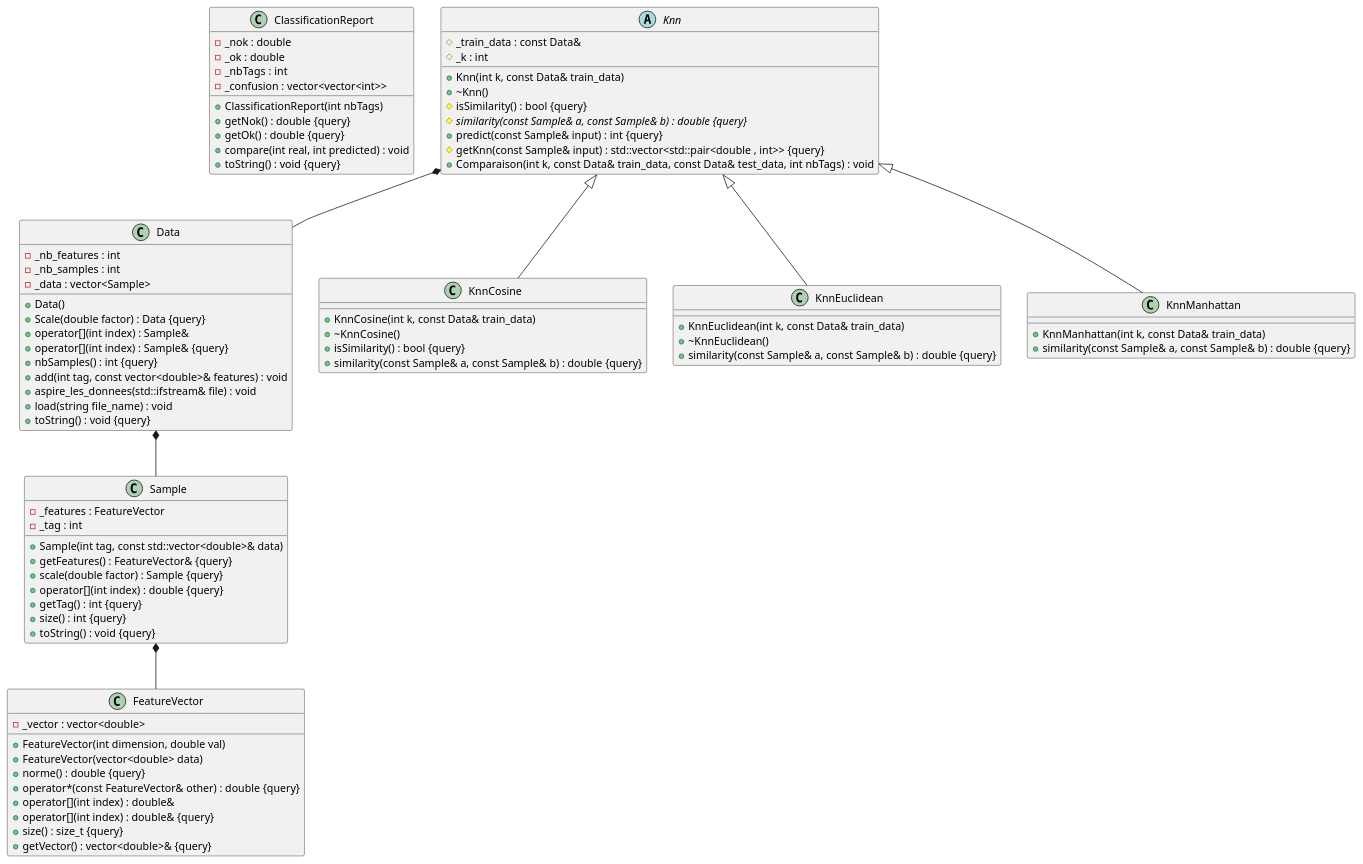
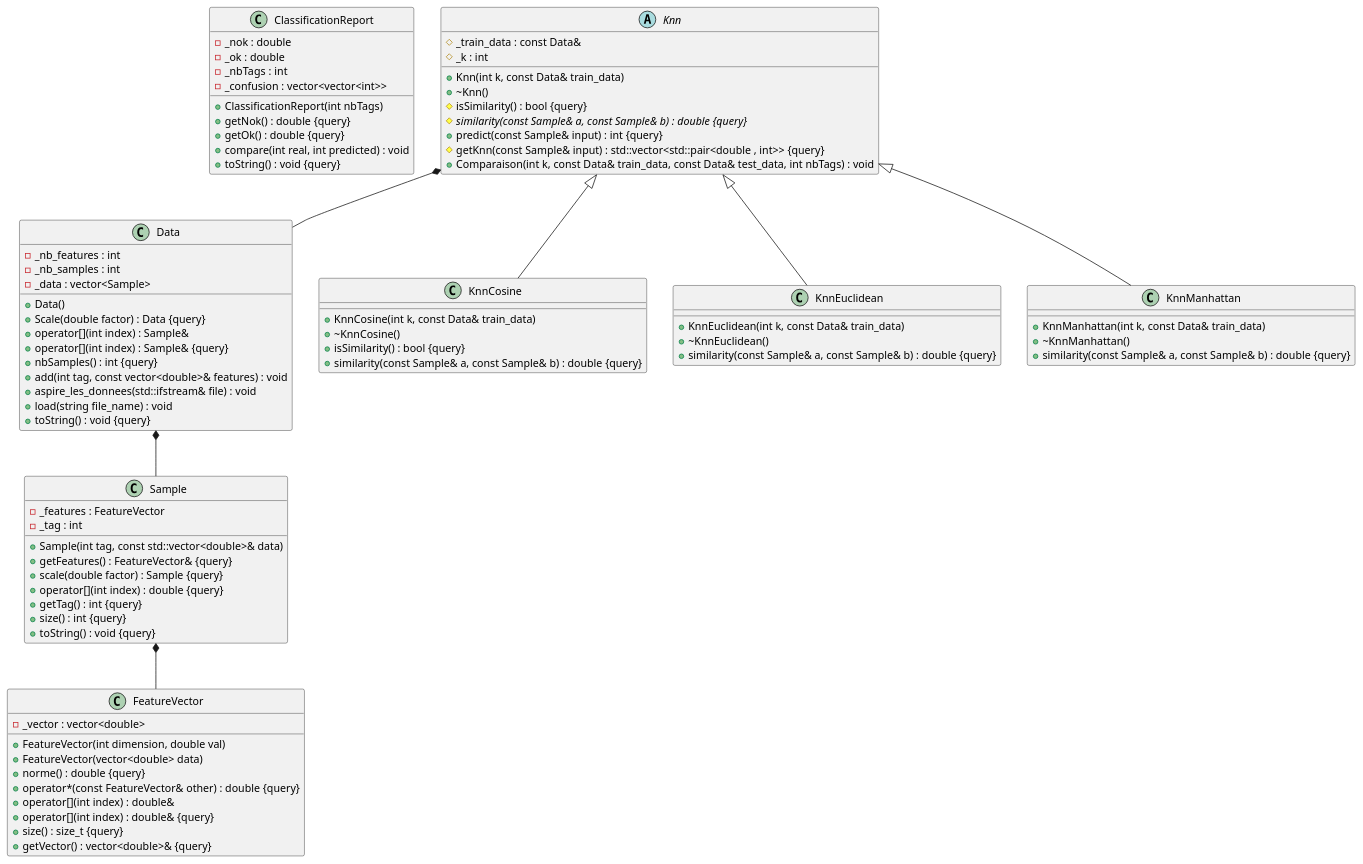
Before and after one commit to Rowingporte/Algo_kppv_homework_4ESET: the diagram in source/classification.puml, drawn with PlantUML. The commit also changed 4 other files, not shown here.

```diff
--- a/source/classification.puml
+++ b/source/classification.puml
@@ -1,134 +1,135 @@
 @startuml
 
 
 
 
 
 /' Objects '/
 
 class ClassificationReport {
 	+ClassificationReport(int nbTags)
 	-_nok : double
 	-_ok : double
 	+getNok() : double {query}
 	+getOk() : double {query}
 	-_nbTags : int
 	-_confusion : vector<vector<int>>
 	+compare(int real, int predicted) : void
 	+toString() : void {query}
 }
 
 
 class Data {
 	+Data()
 	+Scale(double factor) : Data {query}
 	+operator[](int index) : Sample&
 	+operator[](int index) : Sample& {query}
 	-_nb_features : int
 	-_nb_samples : int
 	+nbSamples() : int {query}
 	-_data : vector<Sample>
 	+add(int tag, const vector<double>& features) : void
 	+aspire_les_donnees(std::ifstream& file) : void
 	+load(string file_name) : void
 	+toString() : void {query}
 }
 
 
 class FeatureVector {
 	+FeatureVector(int dimension, double val)
 	+FeatureVector(vector<double> data)
 	+norme() : double {query}
 	+operator*(const FeatureVector& other) : double {query}
 	+operator[](int index) : double&
 	+operator[](int index) : double& {query}
 	+size() : size_t {query}
 	-_vector : vector<double>
 	+getVector() : vector<double>& {query}
 }
 
 
 abstract class Knn {
 	+Knn(int k, const Data& train_data)
 	+~Knn()
 	#isSimilarity() : bool {query}
 	#_train_data : const Data&
 	#{abstract} similarity(const Sample& a, const Sample& b) : double {query}
 	#_k : int
 	+predict(const Sample& input) : int {query}
 	#getKnn(const Sample& input) : std::vector<std::pair<double , int>> {query}
 	+Comparaison(int k, const Data& train_data, const Data& test_data, int nbTags) : void
 }
 
 
 class KnnCosine {
 	+KnnCosine(int k, const Data& train_data)
 	+~KnnCosine()
 	+isSimilarity() : bool {query}
 	+similarity(const Sample& a, const Sample& b) : double {query}
 }
 
 
 class KnnEuclidean {
 	+KnnEuclidean(int k, const Data& train_data)
 	+~KnnEuclidean()
 	+similarity(const Sample& a, const Sample& b) : double {query}
 }
 
 
 class KnnManhattan {
 	+KnnManhattan(int k, const Data& train_data)
+	+~KnnManhattan()
 	+similarity(const Sample& a, const Sample& b) : double {query}
 }
 
 
 class Sample {
 	+Sample(int tag, const std::vector<double>& data)
 	-_features : FeatureVector
 	+getFeatures() : FeatureVector& {query}
 	+scale(double factor) : Sample {query}
 	+operator[](int index) : double {query}
 	-_tag : int
 	+getTag() : int {query}
 	+size() : int {query}
 	+toString() : void {query}
 }
 
 
 
 
 
 /' Inheritance relationships '/
 
 Knn <|-- KnnCosine
 
 
 Knn <|-- KnnEuclidean
 
 
 Knn <|-- KnnManhattan
 
 
 
 
 
 /' Aggregation relationships '/
 
 Data *-- Sample
 
 
 Knn *-- Data
 
 
 Sample *-- FeatureVector
 
 
 
 
 
 
 /' Nested objects '/
 
 
 
 @enduml
```
